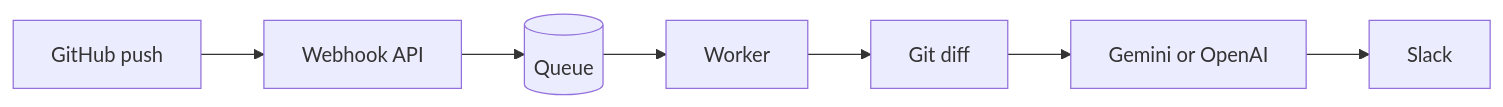
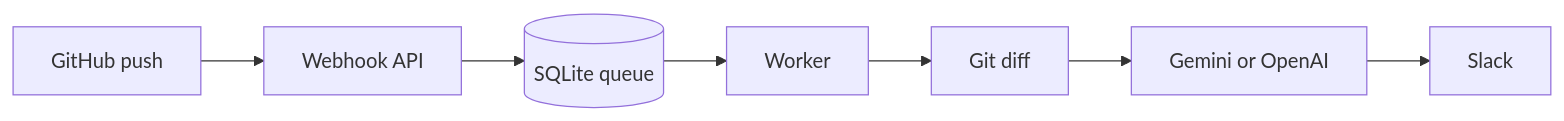
Before and after one commit to jvishwa-sqy/github-change-bot: the diagram in README.md, drawn with Mermaid. The commit also changed other lines of this file and 2 other files, not shown here.

````diff
--- a/README.md
+++ b/README.md
@@ -7,9 +8,9 @@
 ```mermaid
 flowchart LR
     G[GitHub push] --> W[Webhook API]
-    W --> Q[(Queue)]
+    W --> Q[(SQLite queue)]
     Q --> R[Worker]
     R --> D[Git diff]
     D --> A[Gemini or OpenAI]
     A --> S[Slack]
 ```
````
